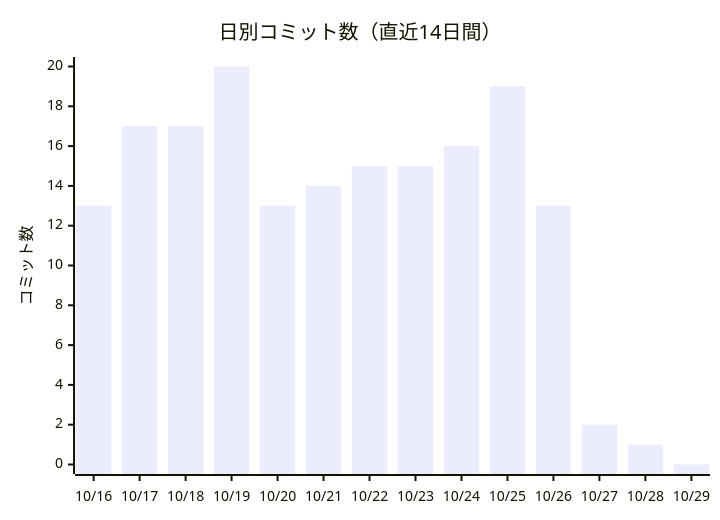
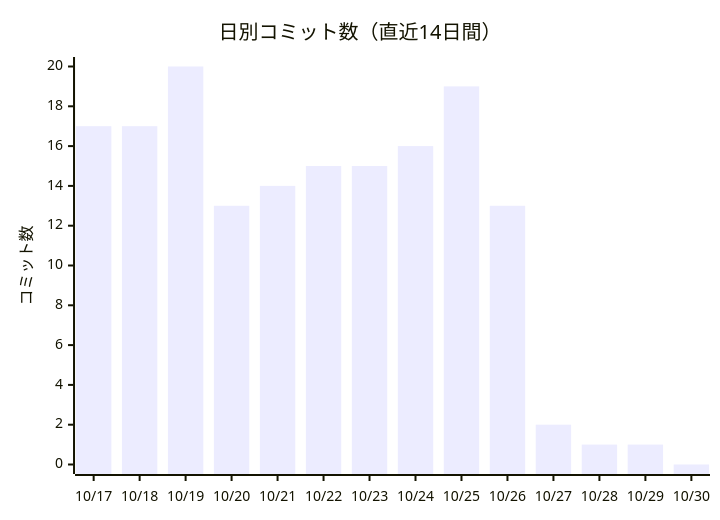
The first of 2 diagrams in docs/進化レポート.md (non-x2/non-x2), drawn with Mermaid before and after one commit. The commit also changed other lines of this file and 4 other files, not shown here.

````diff
--- a/docs/進化レポート.md
+++ b/docs/進化レポート.md
@@ -23,7 +23,7 @@
 ```mermaid
 xychart-beta
     title "日別コミット数（直近14日間）"
-    x-axis ["10/16", "10/17", "10/18", "10/19", "10/20", "10/21", "10/22", "10/23", "10/24", "10/25", "10/26", "10/27", "10/28", "10/29"]
+    x-axis ["10/17", "10/18", "10/19", "10/20", "10/21", "10/22", "10/23", "10/24", "10/25", "10/26", "10/27", "10/28", "10/29", "10/30"]
     y-axis "コミット数"
-    bar [13, 17, 17, 20, 13, 14, 15, 15, 16, 19, 13, 2, 1, 0]
+    bar [17, 17, 20, 13, 14, 15, 15, 16, 19, 13, 2, 1, 1, 0]
 ```
````
